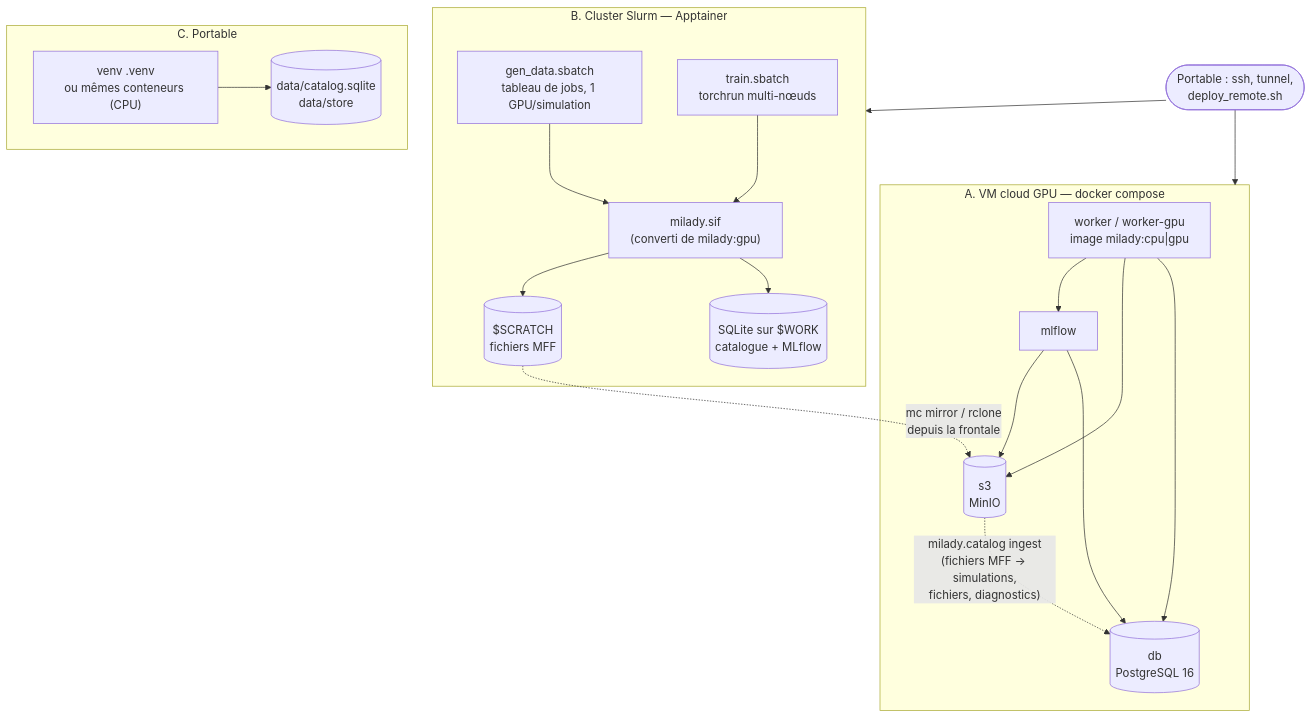
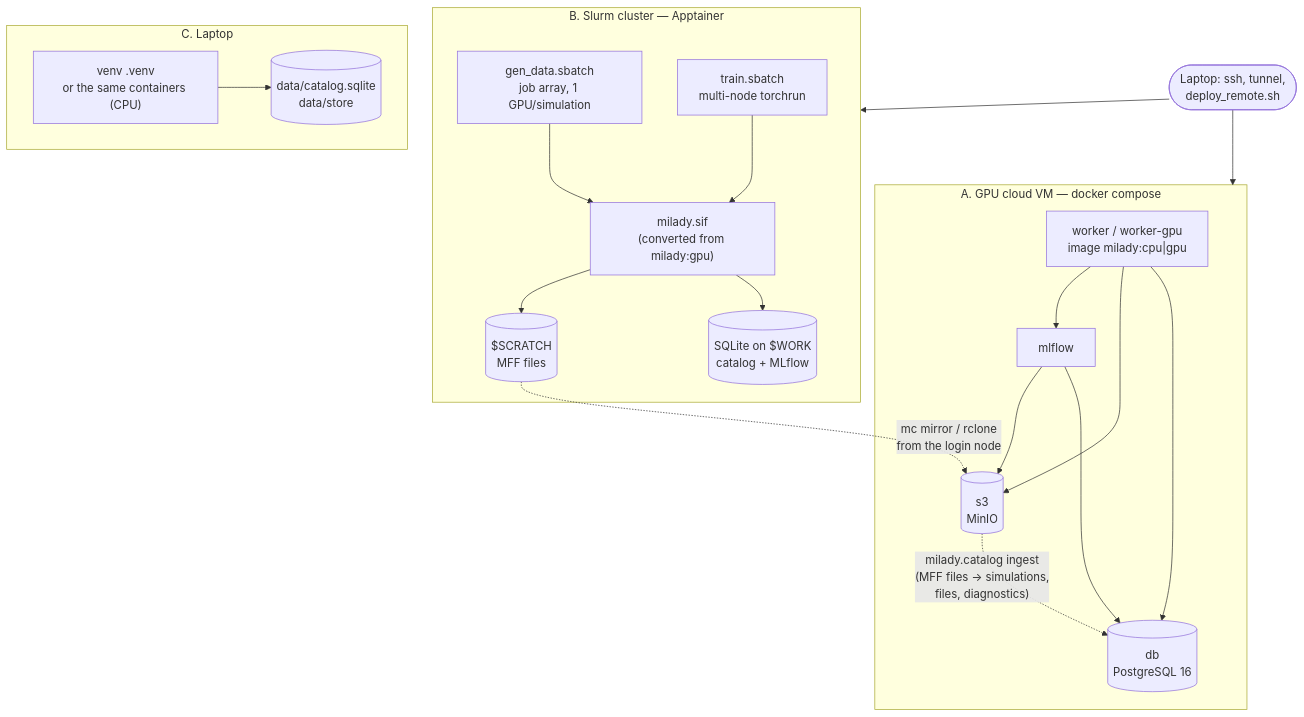
The second of 2 diagrams in docs/ARCHITECTURE.md (knoel99/milady-2027), drawn with Mermaid before and after one commit. The commit also changed other lines of this file and 7 other files, not shown here.

First line of the commit message:
Translate the specs, the architecture note and the infra guides into English

````diff
--- a/docs/ARCHITECTURE.md
+++ b/docs/ARCHITECTURE.md
@@ -60,34 +60,34 @@
 ```mermaid
 flowchart TB
-    subgraph VM["A. VM cloud GPU — docker compose"]
+    subgraph VM["A. GPU cloud VM — docker compose"]
         db[("db<br/>PostgreSQL 16")]
         s3[("s3<br/>MinIO")]
         mlf["mlflow"]
         w["worker / worker-gpu<br/>image milady:cpu|gpu"]
         w --> db
         w --> s3
         w --> mlf
         mlf --> db
         mlf --> s3
     end
-    subgraph HPC["B. Cluster Slurm — Apptainer"]
-        sif["milady.sif<br/>(converti de milady:gpu)"]
-        arr["gen_data.sbatch<br/>tableau de jobs, 1 GPU/simulation"]
-        tr["train.sbatch<br/>torchrun multi-nœuds"]
-        sq[("SQLite sur $WORK<br/>catalogue + MLflow")]
-        fs[("$SCRATCH<br/>fichiers MFF")]
+    subgraph HPC["B. Slurm cluster — Apptainer"]
+        sif["milady.sif<br/>(converted from milady:gpu)"]
+        arr["gen_data.sbatch<br/>job array, 1 GPU/simulation"]
+        tr["train.sbatch<br/>multi-node torchrun"]
+        sq[("SQLite on $WORK<br/>catalog + MLflow")]
+        fs[("$SCRATCH<br/>MFF files")]
         arr --> sif
         tr --> sif
         sif --> sq
         sif --> fs
     end
-    subgraph LAP["C. Portable"]
-        venv["venv .venv<br/>ou mêmes conteneurs (CPU)"]
+    subgraph LAP["C. Laptop"]
+        venv["venv .venv<br/>or the same containers (CPU)"]
         lite[("data/catalog.sqlite<br/>data/store")]
         venv --> lite
     end
-    fs -. "mc mirror / rclone<br/>depuis la frontale" .-> s3
-    s3 -. "milady.catalog ingest<br/>(fichiers MFF → simulations,<br/>fichiers, diagnostics)" .-> db
-    Dev(["Portable : ssh, tunnel,<br/>deploy_remote.sh"]) --> VM
+    fs -. "mc mirror / rclone<br/>from the login node" .-> s3
+    s3 -. "milady.catalog ingest<br/>(MFF files → simulations,<br/>files, diagnostics)" .-> db
+    Dev(["Laptop: ssh, tunnel,<br/>deploy_remote.sh"]) --> VM
     Dev --> HPC
 ```
````
